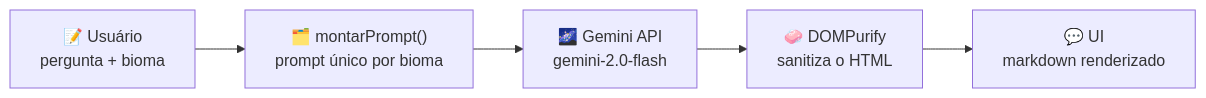
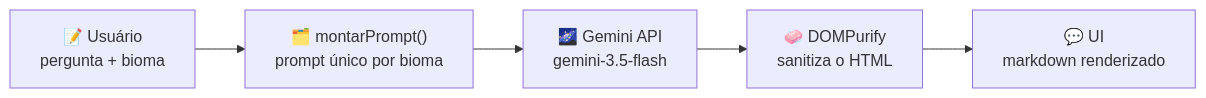
The diagram in README.md (kerollayne-silva/EcoAssistente), drawn with Mermaid before and after one commit. The commit also changed other lines of this file and 2 other files, not shown here.

Commit message:
fix: modelo Gemini atual para gemini-3.5-flash e erros de API autoexplicativos

````diff
--- a/README.md
+++ b/README.md
@@ -40,7 +40,7 @@
 ```mermaid
 flowchart LR
     A["📝 Usuário<br>pergunta + bioma"] --> B["🗂️ montarPrompt()<br>prompt único por bioma"]
-    B --> C["🌌 Gemini API<br>gemini-2.0-flash"]
+    B --> C["🌌 Gemini API<br>gemini-3.5-flash"]
     C --> D["🧼 DOMPurify<br>sanitiza o HTML"]
     D --> E["💬 UI<br>markdown renderizado"]
 ```
````
